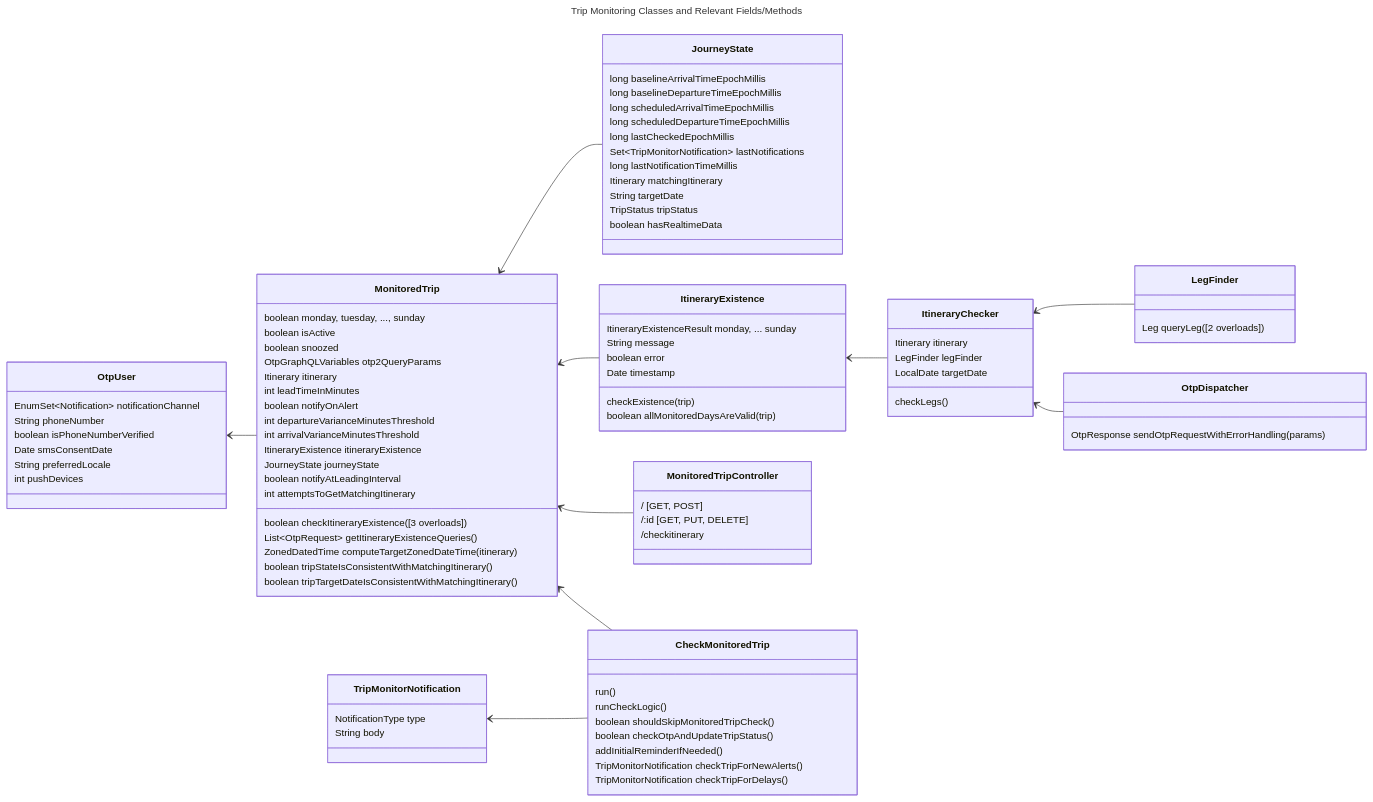
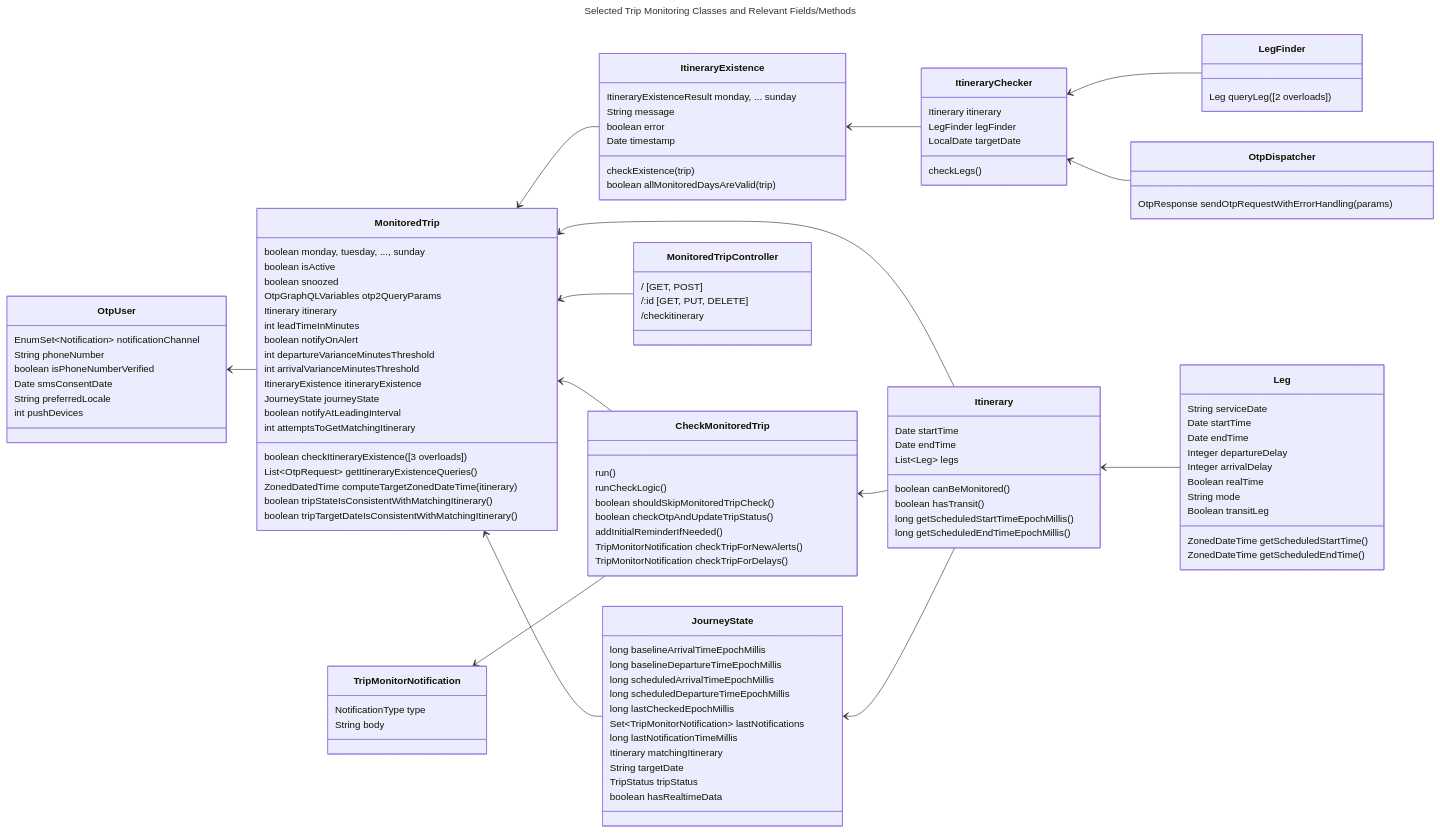
One commit to ibi-group/otp-middleware changed the first of 4 diagrams in docs/trip-monitoring.md. Above: the diagram before and after it, drawn with Mermaid. The commit also changed other lines of this file, not shown here.

Commit message:
docs(trip-monitoring): Add Itinerary to class diagram.

````diff
--- a/docs/trip-monitoring.md
+++ b/docs/trip-monitoring.md
@@ -15,6 +15,6 @@
 ```mermaid
 ---
-title: Trip Monitoring Classes and Relevant Fields/Methods
+title: Selected Trip Monitoring Classes and Relevant Fields/Methods
 ---
 classDiagram
     direction RL
@@ -97,6 +97,27 @@
     class OtpDispatcher {
         OtpResponse sendOtpRequestWithErrorHandling(params)
     }
+    class Itinerary {
+        Date startTime
+        Date endTime
+        List~Leg~ legs
+        boolean canBeMonitored()
+        boolean hasTransit()
+        long getScheduledStartTimeEpochMillis()
+        long getScheduledEndTimeEpochMillis()
+    }
+    class Leg {
+        String serviceDate
+        Date startTime
+        Date endTime
+        Integer departureDelay
+        Integer arrivalDelay
+        Boolean realTime
+        String mode
+        Boolean transitLeg
+        ZonedDateTime getScheduledStartTime()
+        ZonedDateTime getScheduledEndTime()
+    }
     MonitoredTrip --> OtpUser
     JourneyState --> MonitoredTrip
     ItineraryExistence --> MonitoredTrip
@@ -106,5 +127,9 @@
     ItineraryChecker --> ItineraryExistence
     LegFinder --> ItineraryChecker
     OtpDispatcher --> ItineraryChecker
+    Itinerary --> MonitoredTrip
+    Itinerary --> CheckMonitoredTrip
+    Itinerary --> JourneyState
+    Leg --> Itinerary
 
 ```
````
